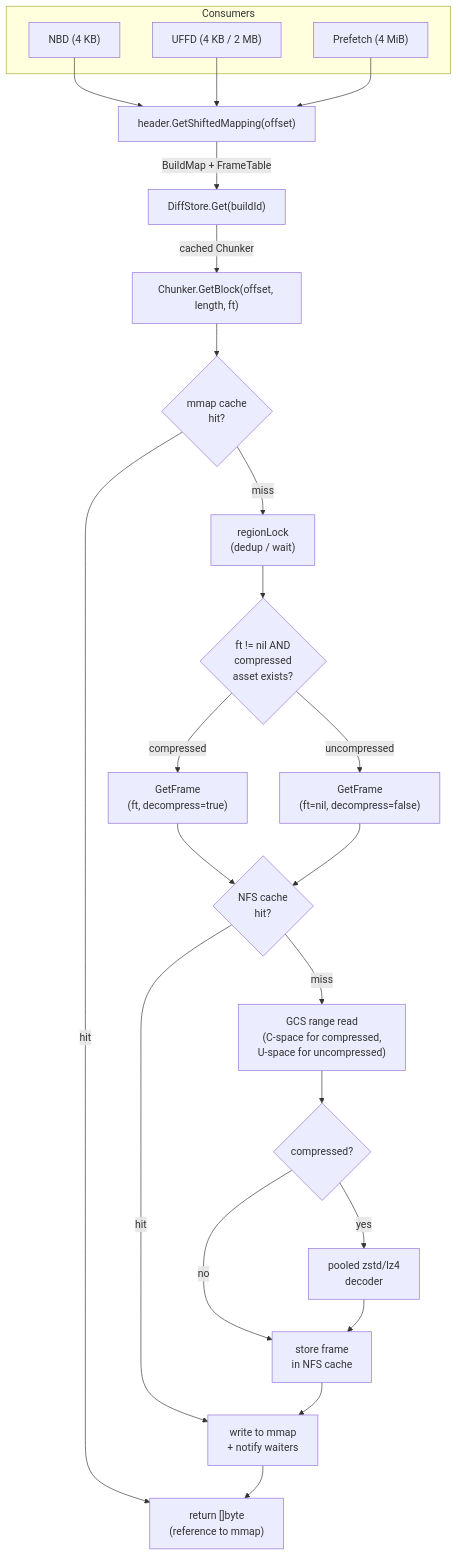
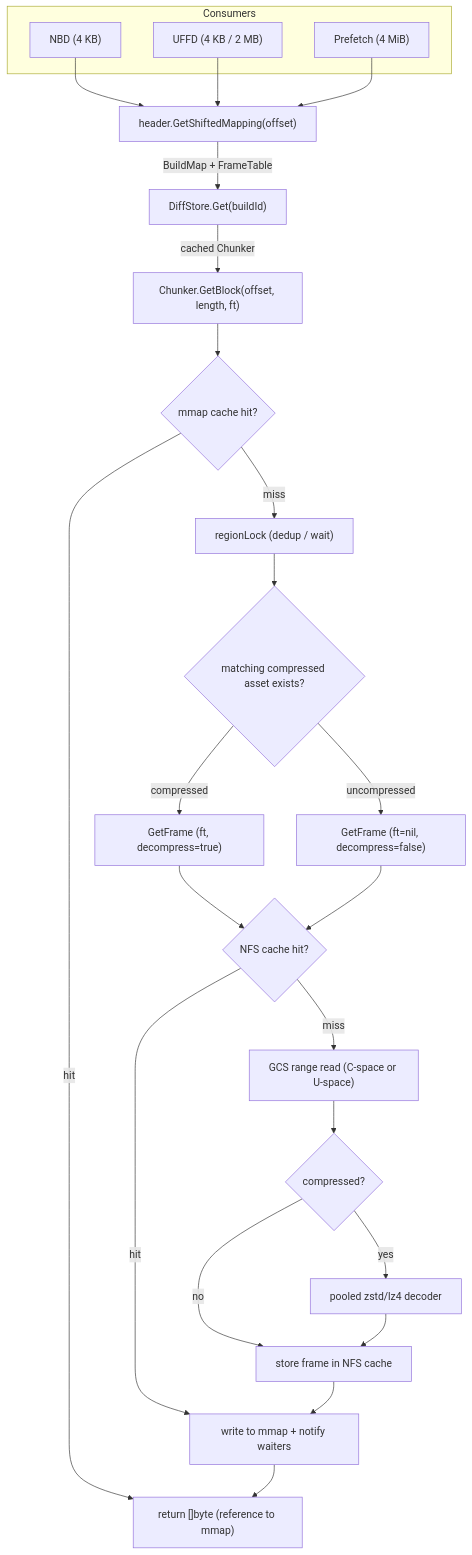
The diagram in docs/compression-architecture.md (e2b-dev/infra), drawn with Mermaid before and after one commit. The commit also changed other lines of this file, not shown here.

````diff
--- a/docs/compression-architecture.md
+++ b/docs/compression-architecture.md
@@ -82,35 +91,35 @@
 ```mermaid
 flowchart TD
     subgraph Consumers
         NBD["NBD (4 KB)"]
         UFFD["UFFD (4 KB / 2 MB)"]
         PF["Prefetch (4 MiB)"]
     end
 
     NBD & UFFD & PF --> GM["header.GetShiftedMapping(offset)"]
     GM -->|"BuildMap + FrameTable"| DS["DiffStore.Get(buildId)"]
     DS -->|"cached Chunker"| GB["Chunker.GetBlock(offset, length, ft)"]
 
-    GB --> MC{"mmap cache\nhit?"}
-    MC -->|"hit"| REF["return []byte\n(reference to mmap)"]
-    MC -->|"miss"| RL["regionLock\n(dedup / wait)"]
+    GB --> MC{"mmap cache hit?"}
+    MC -->|"hit"| REF["return []byte (reference to mmap)"]
+    MC -->|"miss"| RL["regionLock (dedup / wait)"]
 
-    RL --> ROUTE{"ft != nil AND\ncompressed\nasset exists?"}
+    RL --> ROUTE{"matching compressed asset exists?"}
 
-    ROUTE -->|"compressed"| GFC["GetFrame\n(ft, decompress=true)"]
-    ROUTE -->|"uncompressed"| GFU["GetFrame\n(ft=nil, decompress=false)"]
+    ROUTE -->|"compressed"| GFC["GetFrame (ft, decompress=true)"]
+    ROUTE -->|"uncompressed"| GFU["GetFrame (ft=nil, decompress=false)"]
 
-    GFC --> NFS{"NFS cache\nhit?"}
+    GFC --> NFS{"NFS cache hit?"}
     GFU --> NFS
 
-    NFS -->|"hit"| WRITE["write to mmap\n+ notify waiters"]
-    NFS -->|"miss"| GCS["GCS range read\n(C-space for compressed,\nU-space for uncompressed)"]
+    NFS -->|"hit"| WRITE["write to mmap + notify waiters"]
+    NFS -->|"miss"| GCS["GCS range read (C-space or U-space)"]
 
     GCS --> DEC{"compressed?"}
-    DEC -->|"yes"| DECOMP["pooled zstd/lz4\ndecoder"]
+    DEC -->|"yes"| DECOMP["pooled zstd/lz4 decoder"]
     DEC -->|"no"| STORE_NFS
 
-    DECOMP --> STORE_NFS["store frame\nin NFS cache"]
+    DECOMP --> STORE_NFS["store frame in NFS cache"]
     STORE_NFS --> WRITE
     WRITE --> REF
 ```
````
